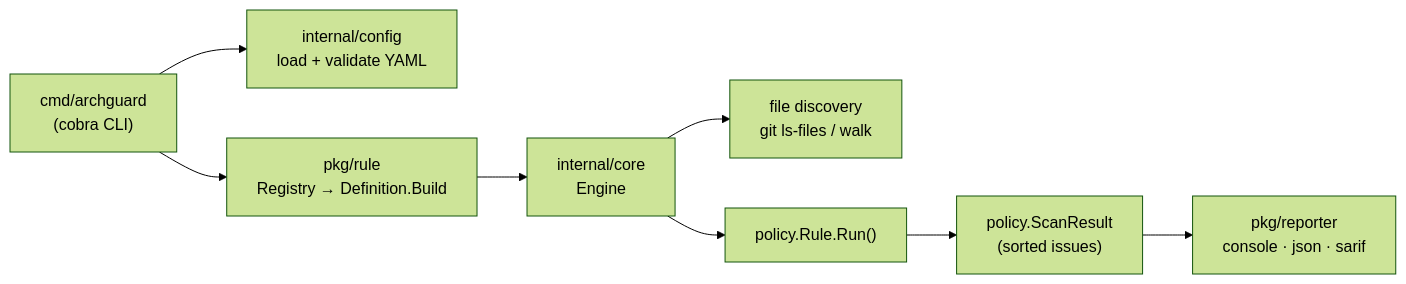
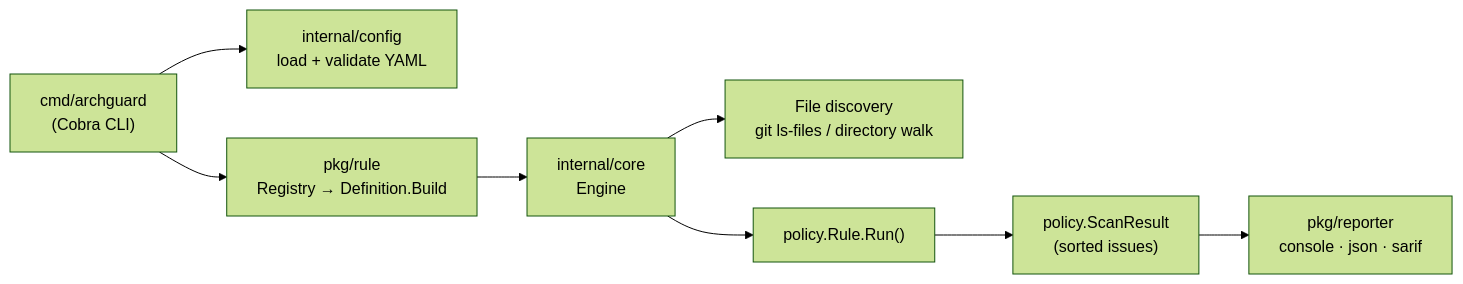
Before and after one commit to jakkayy/archGuard: the diagram in README.md, drawn with Mermaid (forest theme). The commit also changed other lines of this file, not shown here.

````diff
--- a/README.md
+++ b/README.md
@@ -218,10 +235,10 @@
 ```mermaid
 flowchart LR
-    CLI["cmd/archguard<br/>(cobra CLI)"] --> CFG["internal/config<br/>load + validate YAML"]
+    CLI["cmd/archguard<br/>(Cobra CLI)"] --> CFG["internal/config<br/>load + validate YAML"]
     CLI --> REG["pkg/rule<br/>Registry → Definition.Build"]
     REG --> ENG["internal/core<br/>Engine"]
-    ENG --> FILES["file discovery<br/>git ls-files / walk"]
+    ENG --> FILES["File discovery<br/>git ls-files / directory walk"]
     ENG --> RULES["policy.Rule.Run()"]
     RULES --> RES["policy.ScanResult<br/>(sorted issues)"]
     RES --> REP["pkg/reporter<br/>console · json · sarif"]
 ```
````
